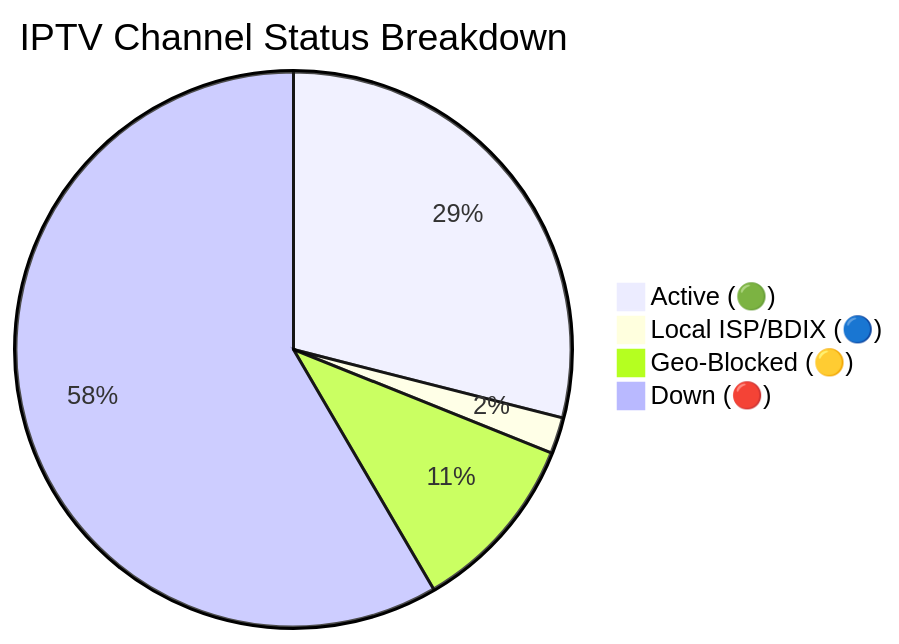
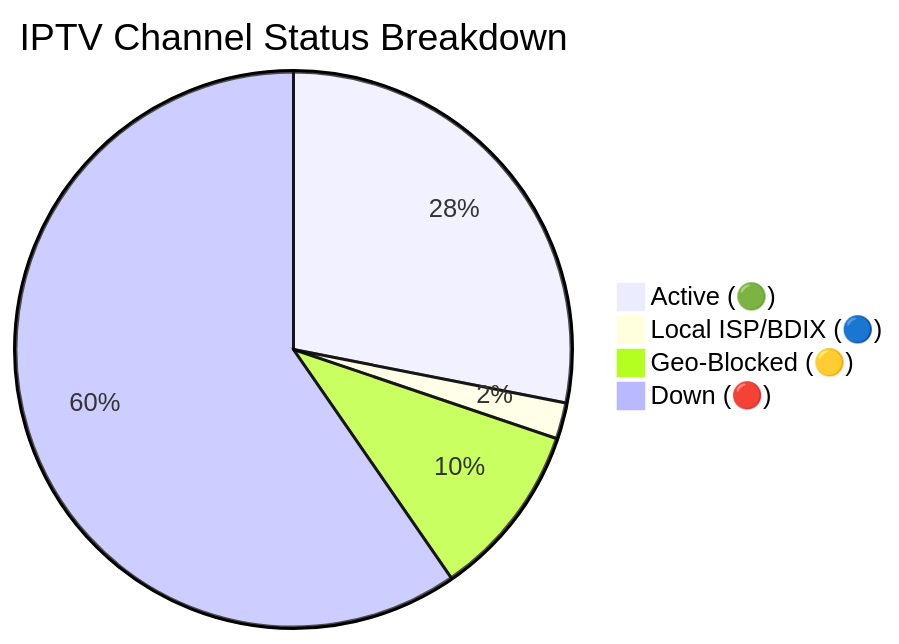
Before and after one commit to andreataylord/Ip-tv-Collection: the diagram in README.md, drawn with Mermaid. The commit also changed other lines of this file and 1 other file, not shown here.

Commit message:
docs(readme): auto-update daily channel status chart

````diff
--- a/README.md
+++ b/README.md
@@ -59,7 +59,7 @@
 ```mermaid
 pie title IPTV Channel Status Breakdown
-    "Active (🟢)" : 1758
+    "Active (🟢)" : 1705
     "Local ISP/BDIX (🔵)" : 128
-    "Geo-Blocked (🟡)" : 638
-    "Down (🔴)" : 3546
+    "Geo-Blocked (🟡)" : 618
+    "Down (🔴)" : 3619
 ```
````
